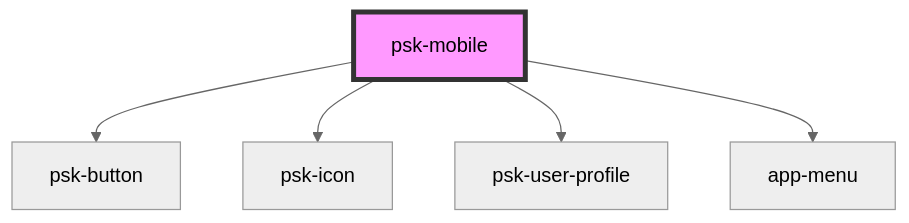
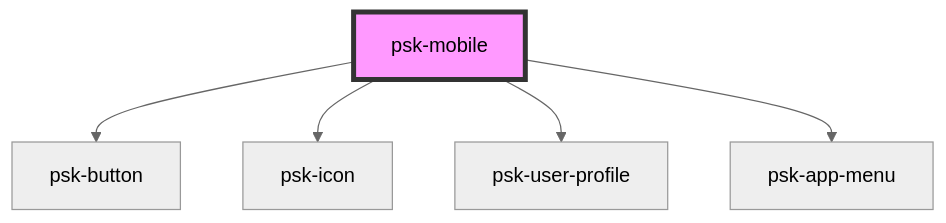
The diagram in src/components/psk-mobile/readme.md (daniel-visoiu/cardinal), drawn with Mermaid (neutral theme) before and after one commit. The commit also changed other lines of this file and 6 other files, not shown here.

Commit message:
app-menu converted in psk-app-menu

````diff
--- a/src/components/psk-mobile/readme.md
+++ b/src/components/psk-mobile/readme.md
@@ -53,8 +53,8 @@
 ```mermaid
 graph TD;
   psk-mobile --> psk-button
   psk-mobile --> psk-icon
   psk-mobile --> psk-user-profile
-  psk-mobile --> app-menu
+  psk-mobile --> psk-app-menu
   style psk-mobile fill:#f9f,stroke:#333,stroke-width:4px
 ```
````
